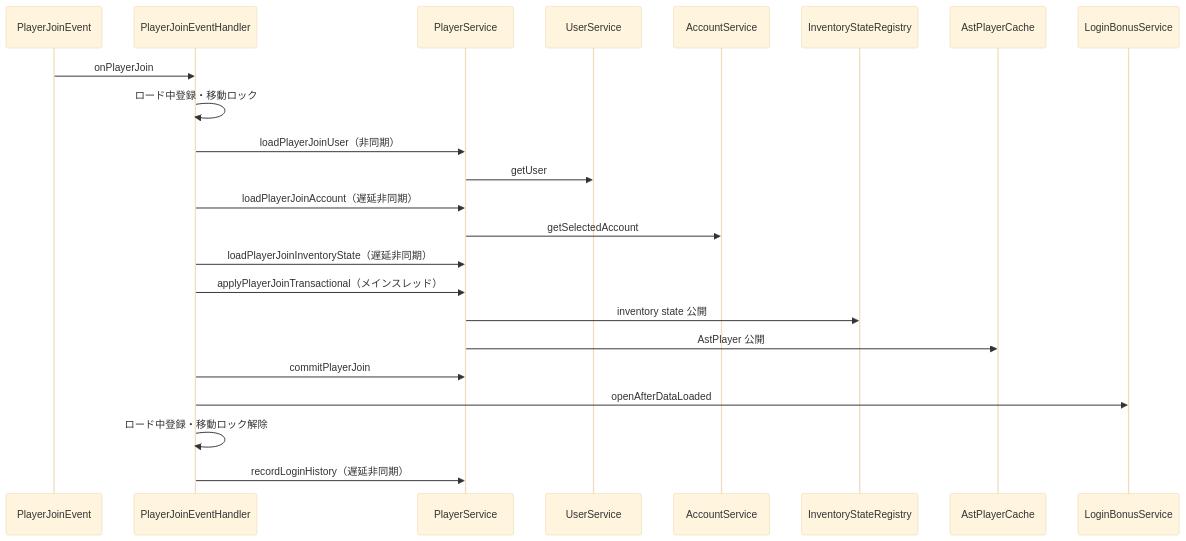
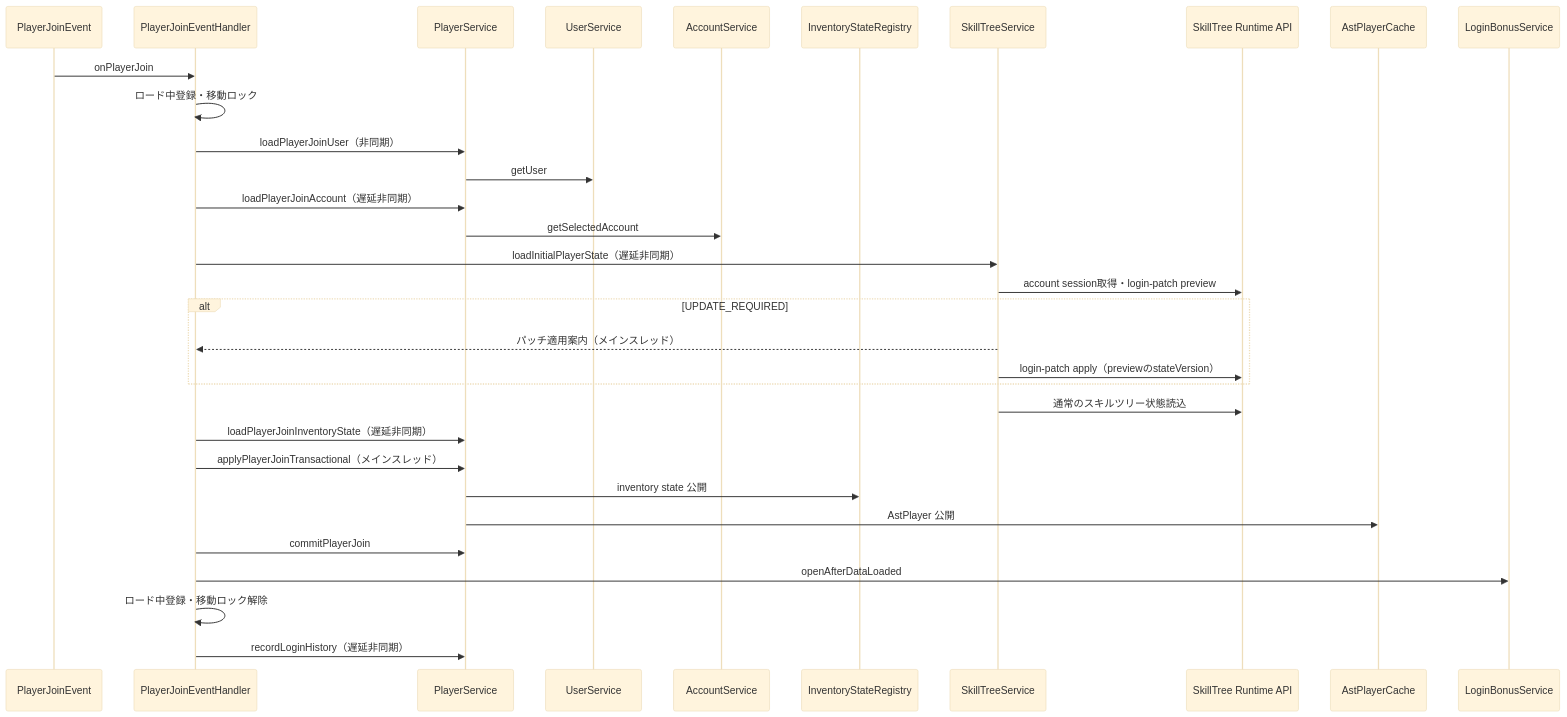
The first of 7 diagrams in 00_docs/10_Plugin設計書/feature/03-player/03_4-統合フロー.md (maaasu/AstralRecord-Workspace), drawn with Mermaid (base theme) before and after one commit. The commit also changed other lines of this file and 9 other files, not shown here.

````diff
--- a/00_docs/10_Plugin設計書/feature/03-player/03_4-統合フロー.md
+++ b/00_docs/10_Plugin設計書/feature/03-player/03_4-統合フロー.md
@@ -7,26 +7,35 @@
 ```mermaid
 sequenceDiagram
     participant EVT as PlayerJoinEvent
     participant H as PlayerJoinEventHandler
     participant PS as PlayerService
     participant US as UserService
     participant AS as AccountService
     participant IR as InventoryStateRegistry
+    participant ST as SkillTreeService
+    participant API as SkillTree Runtime API
     participant C as AstPlayerCache
     participant LB as LoginBonusService
 
     EVT->>H: onPlayerJoin
     H->>H: ロード中登録・移動ロック
     H->>PS: loadPlayerJoinUser（非同期）
     PS->>US: getUser
     H->>PS: loadPlayerJoinAccount（遅延非同期）
     PS->>AS: getSelectedAccount
+    H->>ST: loadInitialPlayerState（遅延非同期）
+    ST->>API: account session取得・login-patch preview
+    alt UPDATE_REQUIRED
+        ST-->>H: パッチ適用案内（メインスレッド）
+        ST->>API: login-patch apply（previewのstateVersion）
+    end
+    ST->>API: 通常のスキルツリー状態読込
     H->>PS: loadPlayerJoinInventoryState（遅延非同期）
     H->>PS: applyPlayerJoinTransactional（メインスレッド）
     PS->>IR: inventory state 公開
     PS->>C: AstPlayer 公開
     H->>PS: commitPlayerJoin
     H->>LB: openAfterDataLoaded
     H->>H: ロード中登録・移動ロック解除
     H->>PS: recordLoginHistory（遅延非同期）
 ```
````
